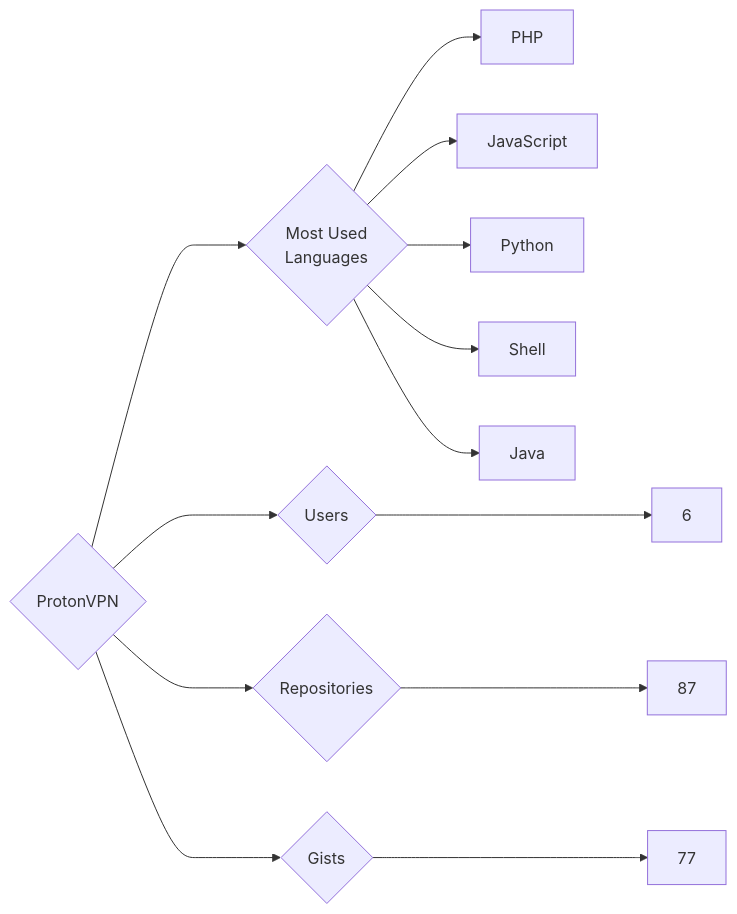
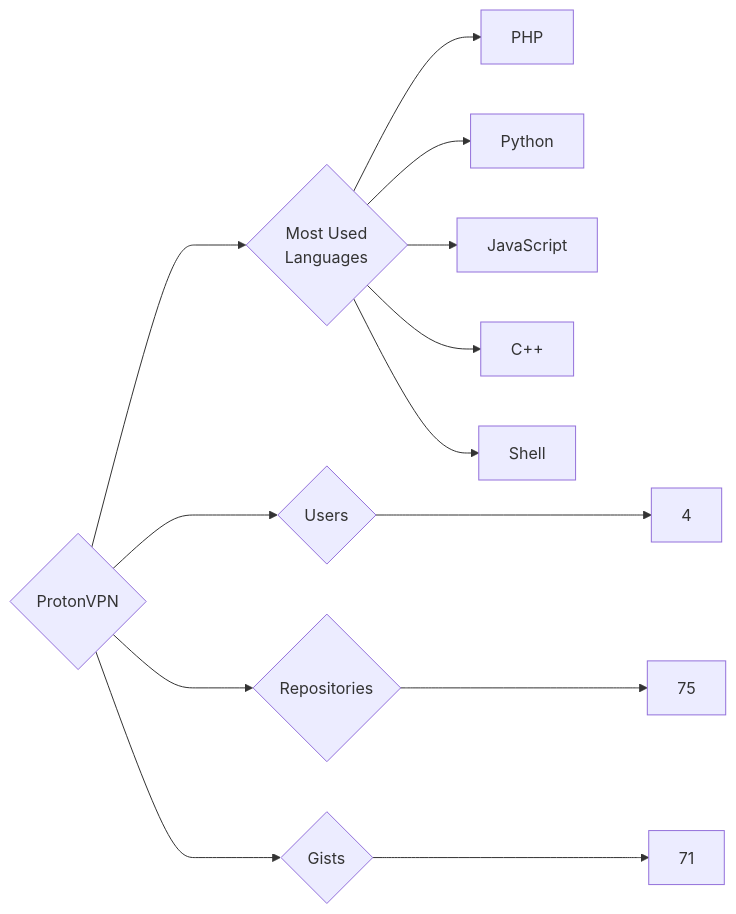
The diagram in targets/ProtonVPN/README.md (trickest/insiders), drawn with Mermaid before and after one commit. The commit also changed 1479 other files, not shown here.

````diff
--- a/targets/ProtonVPN/README.md
+++ b/targets/ProtonVPN/README.md
@@ -3,13 +3,13 @@
 ```mermaid
 graph LR
 COMPANY_NAME{ProtonVPN}
-COMPANY_NAME ---> U{Users} ---> UN[6]
-COMPANY_NAME ---> R{Repositories} ---> RN[87]
-COMPANY_NAME ---> G{Gists} ---> GN[77]
+COMPANY_NAME ---> U{Users} ---> UN[4]
+COMPANY_NAME ---> R{Repositories} ---> RN[75]
+COMPANY_NAME ---> G{Gists} ---> GN[71]
 COMPANY_NAME ---> ML{Most Used<br>Languages}
 ML --> PHP[PHP]
+ML --> Python[Python]
 ML --> JavaScript[JavaScript]
-ML --> Python[Python]
+ML --> C++[C++]
 ML --> Shell[Shell]
-ML --> Java[Java]
 ```
````
